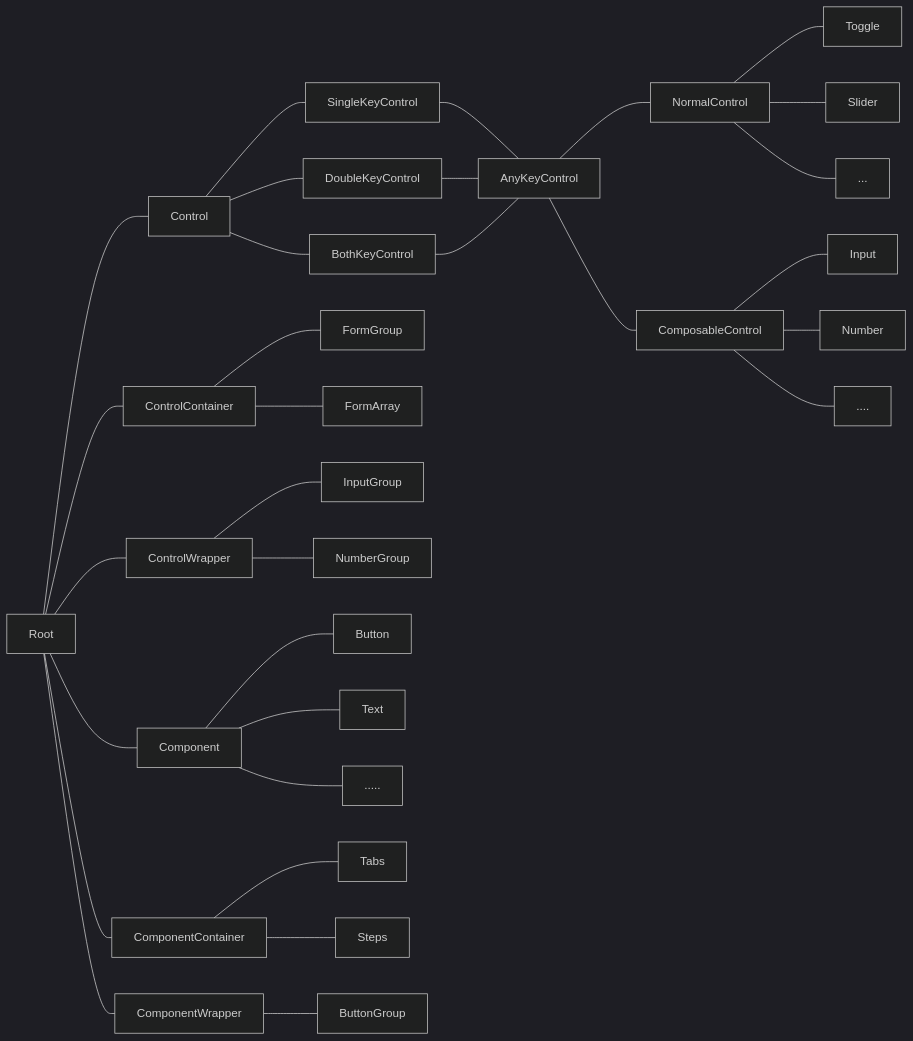
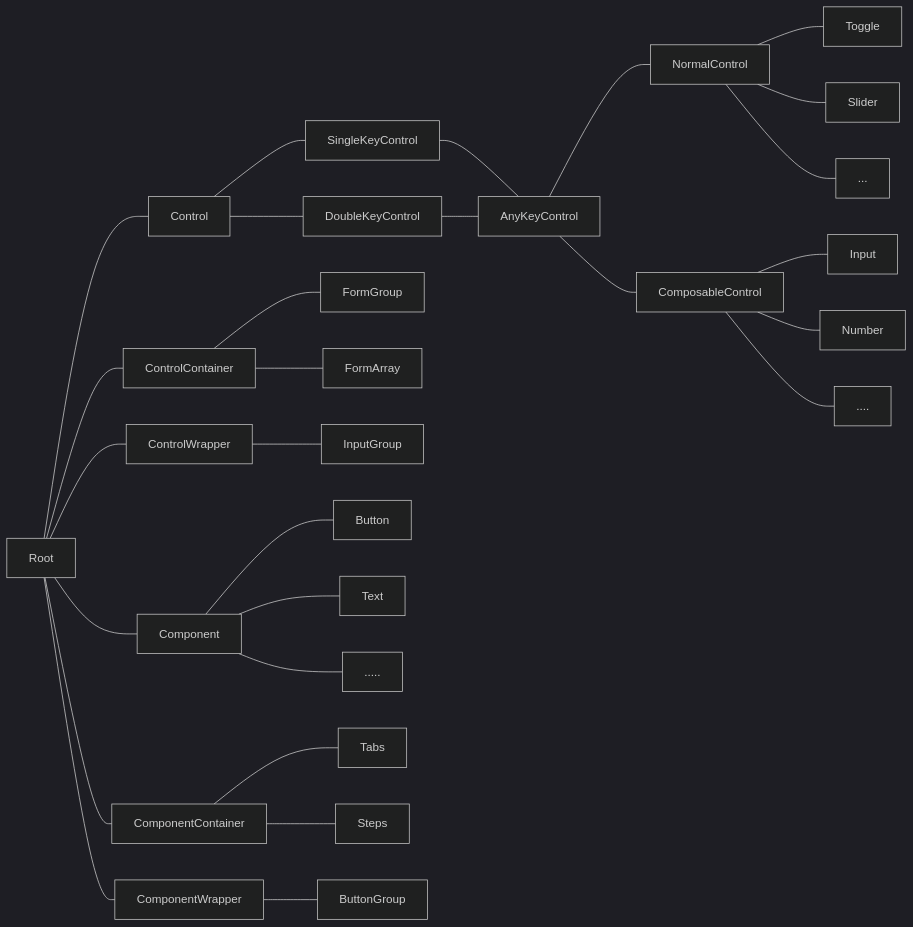
Before and after one commit to fluent-form/fluent-form: the diagram in DESIGN.md, drawn with Mermaid (dark theme). The commit also changed 2 other files, not shown here.

````diff
--- a/DESIGN.md
+++ b/DESIGN.md
@@ -1,40 +1,38 @@
 ```mermaid
 graph LR
 
 Root --- Control
 Root --- ControlContainer
 Root --- ControlWrapper
 Root --- Component
 Root --- ComponentContainer
 Root --- ComponentWrapper
 
 Control --- SingleKeyControl --- AnyKeyControl
 Control --- DoubleKeyControl --- AnyKeyControl
-Control --- BothKeyControl --- AnyKeyControl
 
 AnyKeyControl --- NormalControl
 AnyKeyControl --- ComposableControl
 
 NormalControl --- Toggle
 NormalControl --- Slider
 NormalControl --- ...
 
 ComposableControl --- Input
 ComposableControl --- Number
 ComposableControl --- ....
 
 ControlContainer --- FormGroup
 ControlContainer --- FormArray
 
 ControlWrapper --- InputGroup
-ControlWrapper --- NumberGroup
 
 Component --- Button
 Component --- Text
 Component --- .....
 
 ComponentContainer --- Tabs
 ComponentContainer --- Steps
 
 ComponentWrapper --- ButtonGroup
 ```
````
